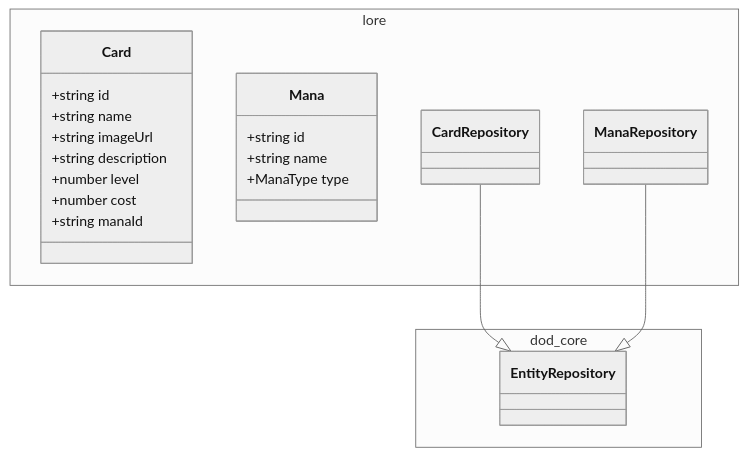
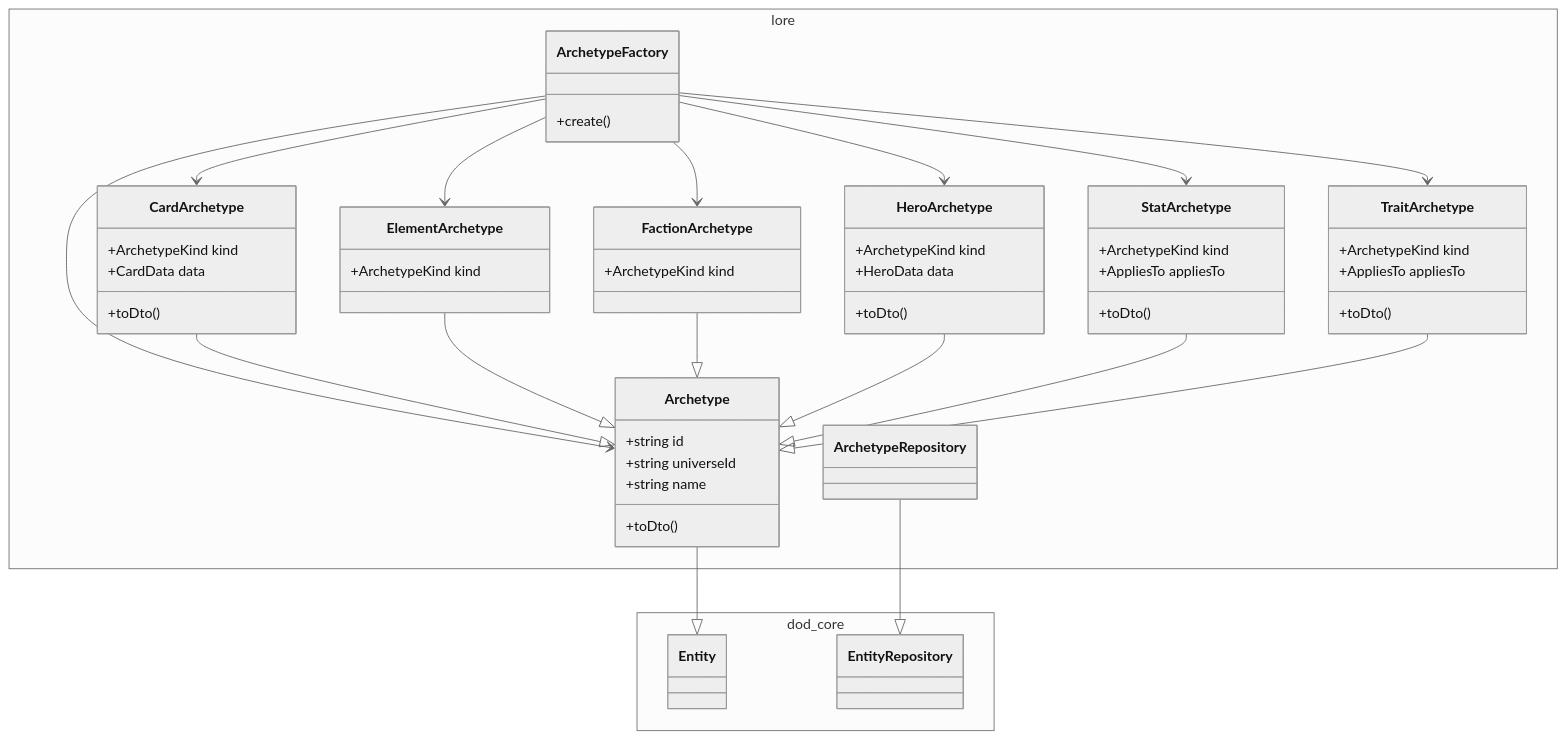
Before and after one commit to pslotinsky/decay-of-magic: the first of 2 diagrams in realms/codex/README.md, drawn with Mermaid (neutral theme). The commit also changed other lines of this file and 61 other files, not shown here.

````diff
--- a/realms/codex/README.md
+++ b/realms/codex/README.md
@@ -75,27 +104,61 @@
 ```mermaid
 classDiagram
   namespace lore {
-    class Card {
+    class ArchetypeFactory {
+      +create()
+    }
+    class Archetype {
       +string id
+      +string universeId
       +string name
-      +string imageUrl
-      +string description
-      +number level
-      +number cost
-      +string manaId
+      +toDto()
     }
-    class Mana {
-      +string id
-      +string name
-      +ManaType type
+    class CardArchetype {
+      +ArchetypeKind kind
+      +CardData data
+      +toDto()
     }
-    class CardRepository
-    class ManaRepository
+    class ElementArchetype {
+      +ArchetypeKind kind
+    }
+    class FactionArchetype {
+      +ArchetypeKind kind
+    }
+    class HeroArchetype {
+      +ArchetypeKind kind
+      +HeroData data
+      +toDto()
+    }
+    class StatArchetype {
+      +ArchetypeKind kind
+      +AppliesTo appliesTo
+      +toDto()
+    }
+    class TraitArchetype {
+      +ArchetypeKind kind
+      +AppliesTo appliesTo
+      +toDto()
+    }
+    class ArchetypeRepository
   }
   namespace dod_core {
+    class Entity
     class EntityRepository
   }
 
-  CardRepository --|> EntityRepository
-  ManaRepository --|> EntityRepository
+  ArchetypeFactory --> Archetype
+  ArchetypeFactory --> CardArchetype
+  ArchetypeFactory --> ElementArchetype
+  ArchetypeFactory --> FactionArchetype
+  ArchetypeFactory --> HeroArchetype
+  ArchetypeFactory --> StatArchetype
+  ArchetypeFactory --> TraitArchetype
+  Archetype --|> Entity
+  CardArchetype --|> Archetype
+  ElementArchetype --|> Archetype
+  FactionArchetype --|> Archetype
+  HeroArchetype --|> Archetype
+  StatArchetype --|> Archetype
+  TraitArchetype --|> Archetype
+  ArchetypeRepository --|> EntityRepository
 ```
````
